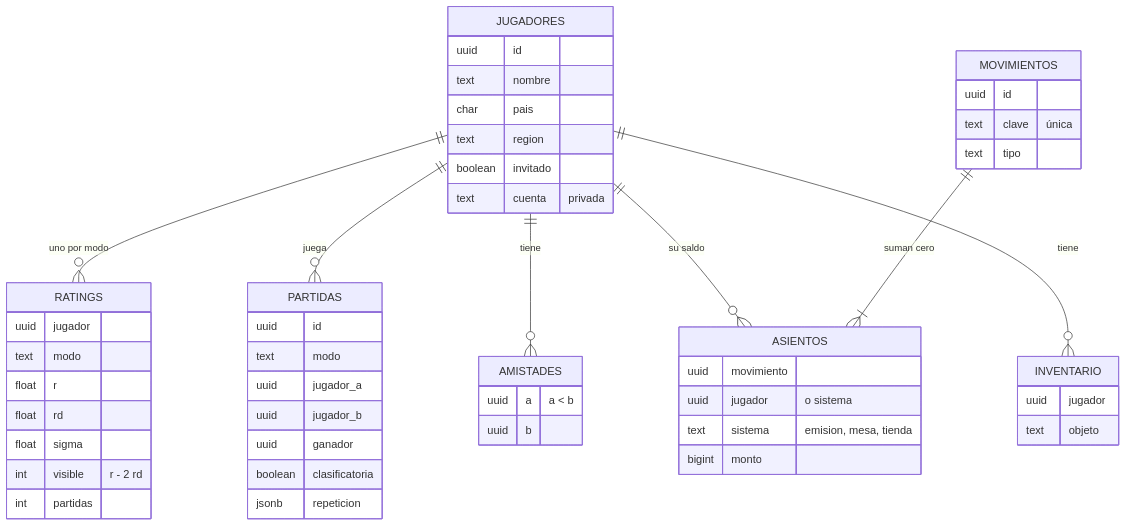
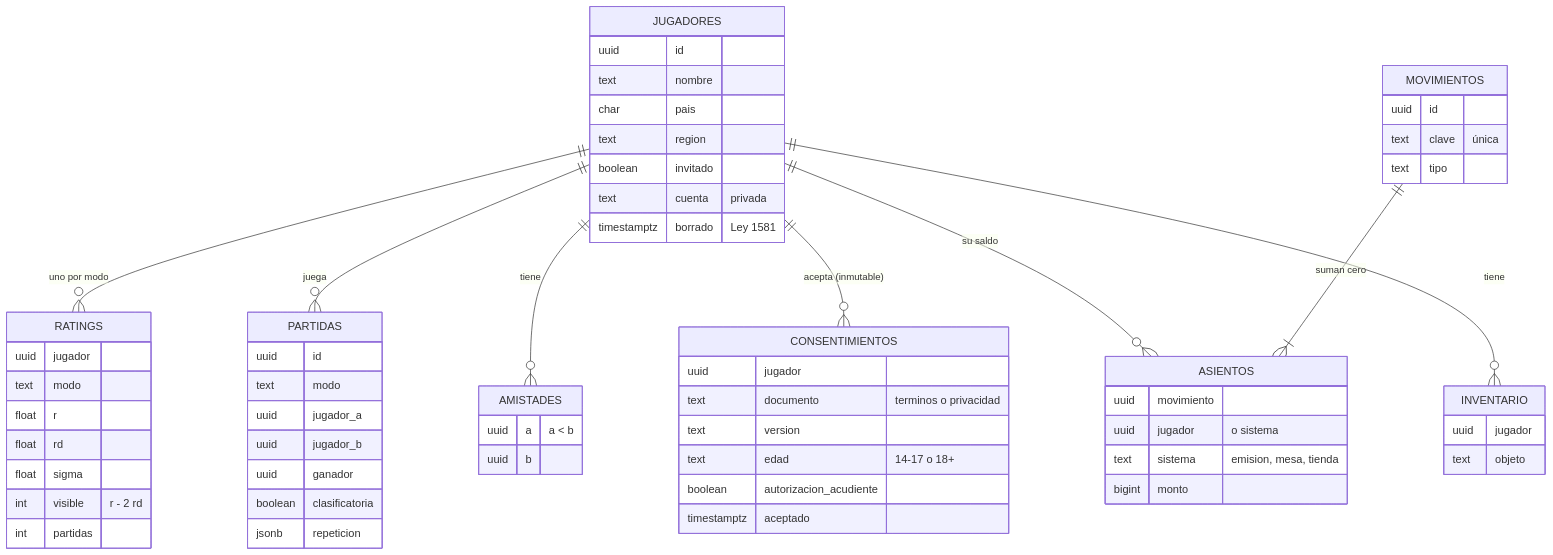
One commit to Juan-Carlos-Estevez-Vargas/Tacazo changed the fourth of 12 diagrams in docs/DIAGRAMAS.md. Above: the diagram before and after it, drawn with Mermaid. The commit also changed 20 other files, not shown here.

First line of the commit message:
feat: privacidad, términos, edad mínima y consentimiento con prueba (#76)

````diff
--- a/docs/DIAGRAMAS.md
+++ b/docs/DIAGRAMAS.md
@@ -76,54 +76,64 @@
 ```mermaid
 erDiagram
   JUGADORES ||--o{ RATINGS : "uno por modo"
   JUGADORES ||--o{ PARTIDAS : juega
   JUGADORES ||--o{ AMISTADES : tiene
+  JUGADORES ||--o{ CONSENTIMIENTOS : "acepta (inmutable)"
   JUGADORES {
     uuid id
     text nombre
     char pais
     text region
     boolean invitado
     text cuenta "privada"
+    timestamptz borrado "Ley 1581"
+  }
+  CONSENTIMIENTOS {
+    uuid jugador
+    text documento "terminos o privacidad"
+    text version
+    text edad "14-17 o 18+"
+    boolean autorizacion_acudiente
+    timestamptz aceptado
   }
   RATINGS {
     uuid jugador
     text modo
     float r
     float rd
     float sigma
     int visible "r - 2 rd"
     int partidas
   }
   PARTIDAS {
     uuid id
     text modo
     uuid jugador_a
     uuid jugador_b
     uuid ganador
     boolean clasificatoria
     jsonb repeticion
   }
   AMISTADES {
     uuid a "a < b"
     uuid b
   }
   JUGADORES ||--o{ ASIENTOS : "su saldo"
   MOVIMIENTOS ||--|{ ASIENTOS : "suman cero"
   JUGADORES ||--o{ INVENTARIO : tiene
   MOVIMIENTOS {
     uuid id
     text clave "única"
     text tipo
   }
   ASIENTOS {
     uuid movimiento
     uuid jugador "o sistema"
     text sistema "emision, mesa, tienda"
     bigint monto
   }
   INVENTARIO {
     uuid jugador
     text objeto
   }
 ```
````
